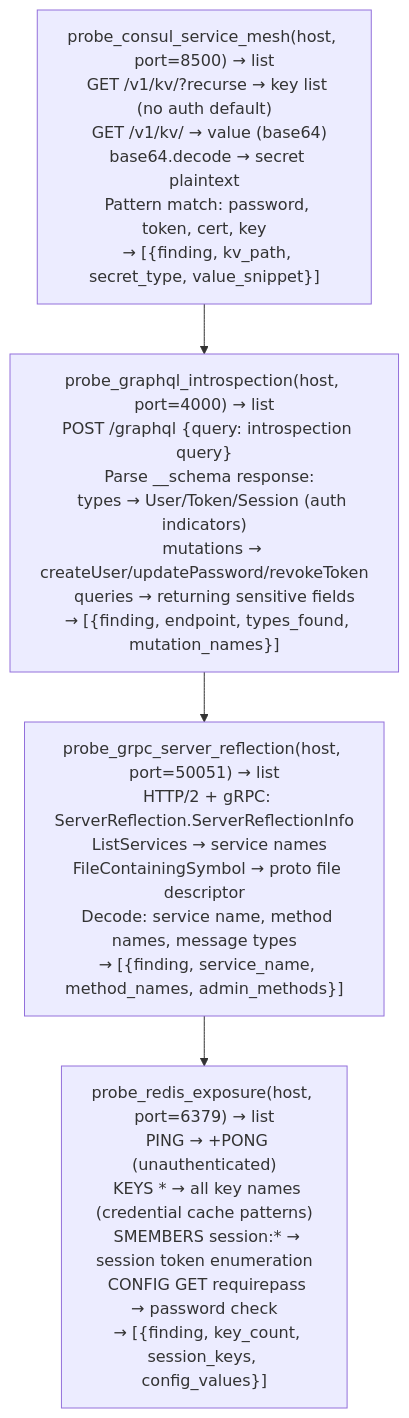
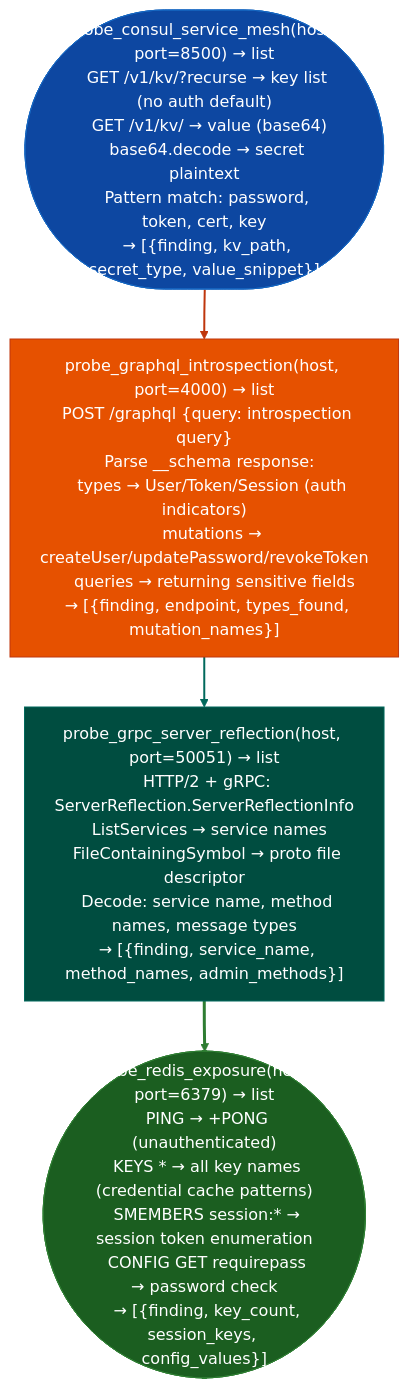
Before and after one commit to Ablation-Tool/ablation: the diagram in docs/reference-modules/secrets-access-infrastructure.md, drawn with Mermaid. The commit also changed 320 other files, not shown here.

First line of the commit message:
docs: apply canonical Mermaid template to all 321 diagrams

````diff
--- a/docs/reference-modules/secrets-access-infrastructure.md
+++ b/docs/reference-modules/secrets-access-infrastructure.md
@@ -19,6 +19,15 @@
 ```mermaid
 flowchart TD
-    A["probe_consul_service_mesh(host, port=8500) → list\n  GET /v1/kv/?recurse → key list (no auth default)\n  GET /v1/kv/<key> → value (base64)\n  base64.decode → secret plaintext\n  Pattern match: password, token, cert, key\n  → [{finding, kv_path, secret_type, value_snippet}]"] --> B["probe_graphql_introspection(host, port=4000) → list\n  POST /graphql {query: introspection query}\n  Parse __schema response:\n    types → User/Token/Session (auth indicators)\n    mutations → createUser/updatePassword/revokeToken\n    queries → returning sensitive fields\n  → [{finding, endpoint, types_found, mutation_names}]"]
-    B --> C["probe_grpc_server_reflection(host, port=50051) → list\n  HTTP/2 + gRPC: ServerReflection.ServerReflectionInfo\n  ListServices → service names\n  FileContainingSymbol → proto file descriptor\n  Decode: service name, method names, message types\n  → [{finding, service_name, method_names, admin_methods}]"]
-    C --> D["probe_redis_exposure(host, port=6379) → list\n  PING → +PONG (unauthenticated)\n  KEYS * → all key names (credential cache patterns)\n  SMEMBERS session:* → session token enumeration\n  CONFIG GET requirepass → password check\n  → [{finding, key_count, session_keys, config_values}]"]
+    A(["probe_consul_service_mesh(host, port=8500) → list\n  GET /v1/kv/?recurse → key list (no auth default)\n  GET /v1/kv/<key> → value (base64)\n  base64.decode → secret plaintext\n  Pattern match: password, token, cert, key\n  → [{finding, kv_path, secret_type, value_snippet}]"]):::input --> B["probe_graphql_introspection(host, port=4000) → list\n  POST /graphql {query: introspection query}\n  Parse __schema response:\n    types → User/Token/Session (auth indicators)\n    mutations → createUser/updatePassword/revokeToken\n    queries → returning sensitive fields\n  → [{finding, endpoint, types_found, mutation_names}]"]:::primary
+    B:::primary --> C["probe_grpc_server_reflection(host, port=50051) → list\n  HTTP/2 + gRPC: ServerReflection.ServerReflectionInfo\n  ListServices → service names\n  FileContainingSymbol → proto file descriptor\n  Decode: service name, method names, message types\n  → [{finding, service_name, method_names, admin_methods}]"]:::secondary
+    C:::secondary --> D(["probe_redis_exposure(host, port=6379) → list\n  PING → +PONG (unauthenticated)\n  KEYS * → all key names (credential cache patterns)\n  SMEMBERS session:* → session token enumeration\n  CONFIG GET requirepass → password check\n  → [{finding, key_count, session_keys, config_values}]"]):::output
+    classDef input     fill:#0d47a1,stroke:#1565c0,color:#fff
+    classDef primary   fill:#e65100,stroke:#bf360c,color:#fff
+    classDef secondary fill:#004d40,stroke:#00695c,color:#fff
+    classDef tertiary  fill:#4a148c,stroke:#6a1b9a,color:#fff
+    classDef neutral   fill:#37474f,stroke:#546e7a,color:#fff
+    classDef output    fill:#1b5e20,stroke:#2e7d32,color:#fff
+    linkStyle 0 stroke:#bf360c,stroke-width:2px
+    linkStyle 1 stroke:#00695c,stroke-width:2px
+    linkStyle 2 stroke:#2e7d32,stroke-width:3px
 ```
````
